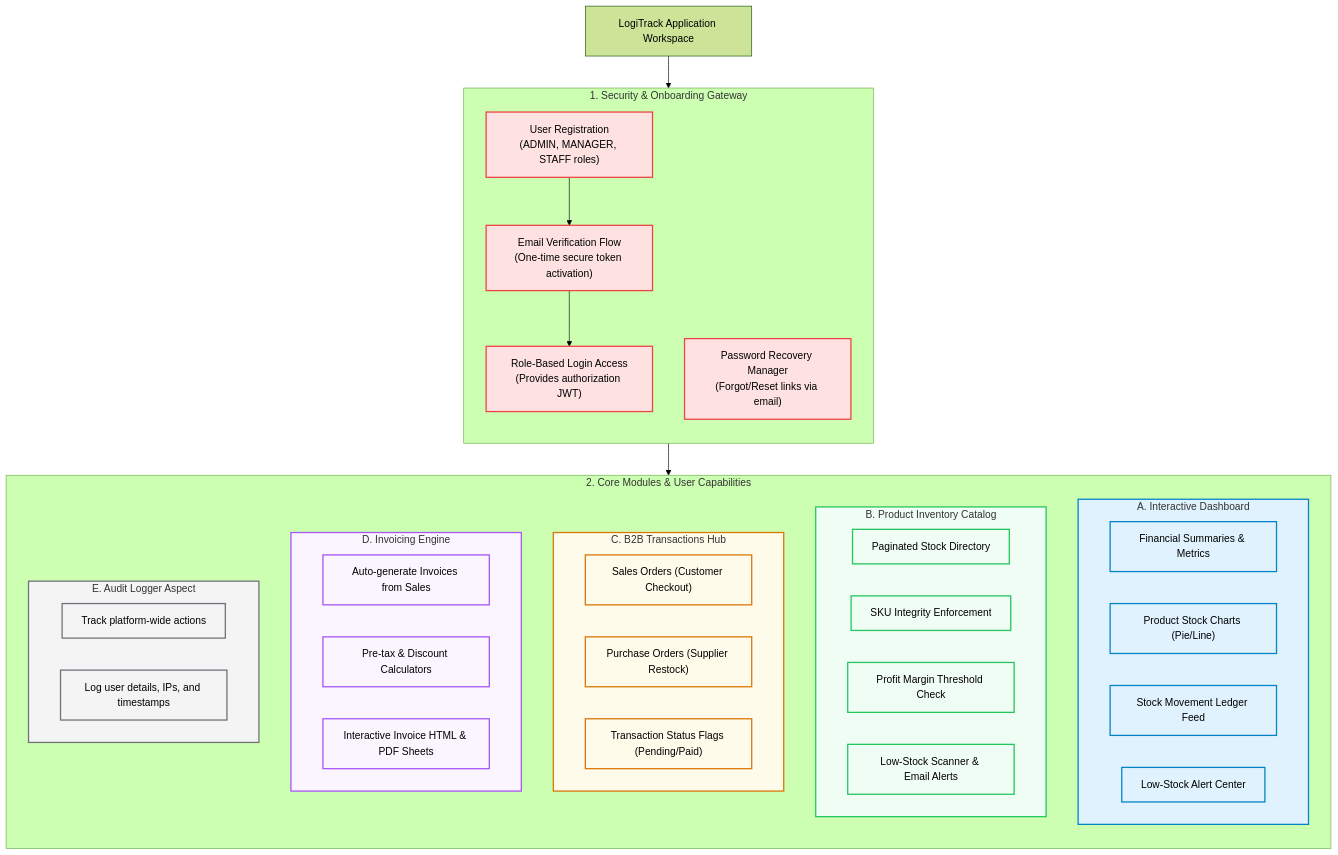
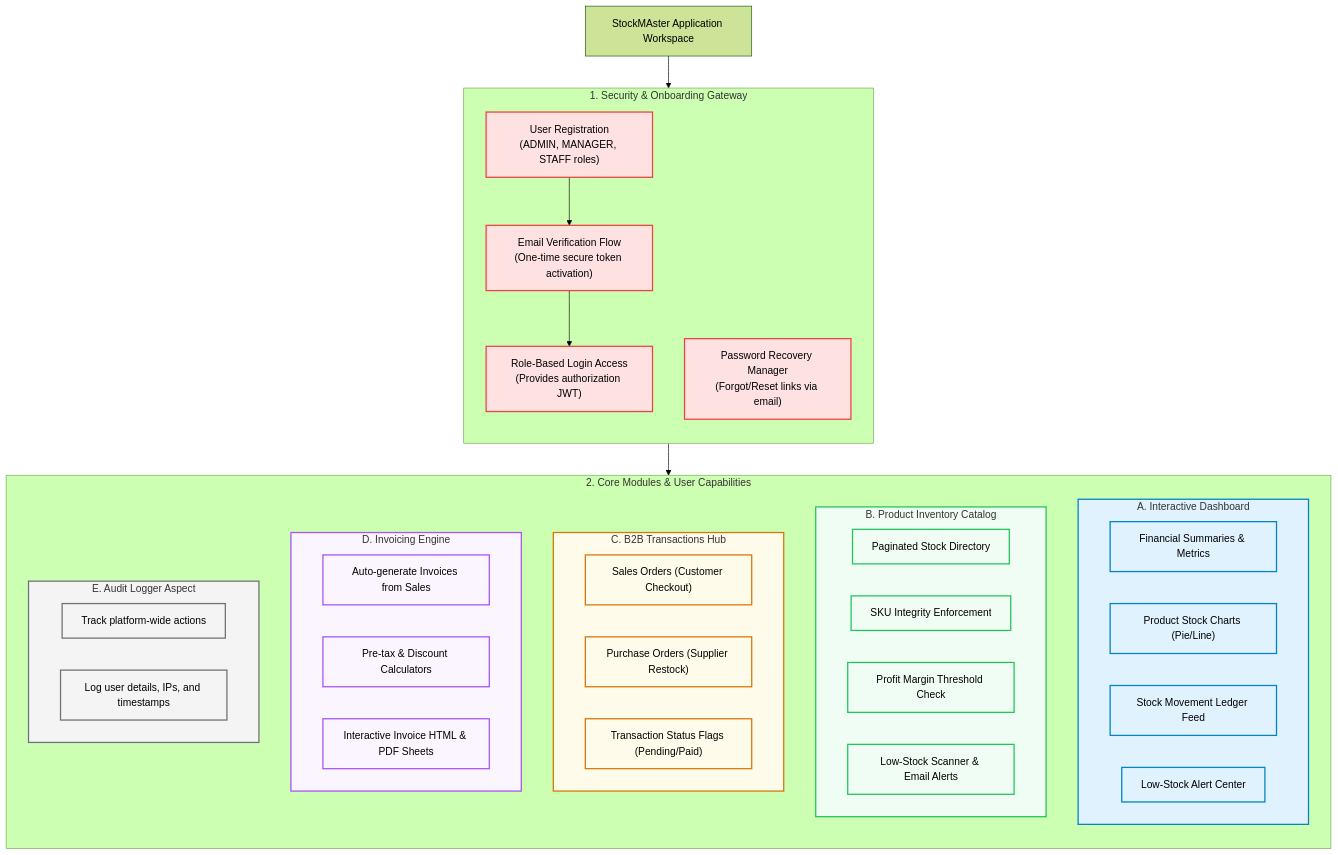
One commit to jayswalhimanshu74-cmd/LogiTrack changed the diagram in README.md. Above: the diagram before and after it, drawn with Mermaid (forest theme). The commit also changed other lines of this file and 37 other files, not shown here.

Commit message:
Change to Application name to StockMaster

````diff
--- a/README.md
+++ b/README.md
@@ -61,65 +61,65 @@
 ```mermaid
 graph TD
     %% Main Entry
-    Start["LogiTrack Application Workspace"] --> Auth["1. Security & Onboarding Gateway"]
+    Start["StockMAster Application Workspace"] --> Auth["1. Security & Onboarding Gateway"]
     
     %% Gateway Section
     subgraph Auth ["1. Security & Onboarding Gateway"]
         direction TB
         Reg["User Registration<br>(ADMIN, MANAGER, STAFF roles)"] --> Email["Email Verification Flow<br>(One-time secure token activation)"]
         Email --> Login["Role-Based Login Access<br>(Provides authorization JWT)"]
         Reset["Password Recovery Manager<br>(Forgot/Reset links via email)"]
     end
     
     Login --> Workspace["2. Core Modules & User Capabilities"]
     
     %% Workspace Core Section
     subgraph Workspace ["2. Core Modules & User Capabilities"]
         direction TB
         subgraph Dash ["A. Interactive Dashboard"]
             D1["Financial Summaries & Metrics"]
             D2["Product Stock Charts (Pie/Line)"]
             D3["Stock Movement Ledger Feed"]
             D4["Low-Stock Alert Center"]
         end
         
         subgraph Products ["B. Product Inventory Catalog"]
             P1["Paginated Stock Directory"]
             P2["SKU Integrity Enforcement"]
             P3["Profit Margin Threshold Check"]
             P4["Low-Stock Scanner & Email Alerts"]
         end
         
         subgraph Transactions ["C. B2B Transactions Hub"]
             T1["Sales Orders (Customer Checkout)"]
             T2["Purchase Orders (Supplier Restock)"]
             T3["Transaction Status Flags (Pending/Paid)"]
         end
         
         subgraph Billing ["D. Invoicing Engine"]
             I1["Auto-generate Invoices from Sales"]
             I2["Pre-tax & Discount Calculators"]
             I3["Interactive Invoice HTML & PDF Sheets"]
         end
         
         subgraph Auditing ["E. Audit Logger Aspect"]
             A1["Track platform-wide actions"]
             A2["Log user details, IPs, and timestamps"]
         end
     end
     
     %% Styling
     classDef auth fill:#fee2e2,stroke:#ef4444,stroke-width:2px;
     classDef dash fill:#e0f2fe,stroke:#0284c7,stroke-width:2px;
     classDef prod fill:#f0fdf4,stroke:#22c55e,stroke-width:2px;
     classDef trans fill:#fffbeb,stroke:#d97706,stroke-width:2px;
     classDef bill fill:#faf5ff,stroke:#a855f7,stroke-width:2px;
     classDef audit fill:#f4f4f5,stroke:#71717a,stroke-width:2px;
 
     class Reg,Email,Login,Reset auth;
     class Dash,D1,D2,D3,D4 dash;
     class Products,P1,P2,P3,P4 prod;
     class Transactions,T1,T2,T3 trans;
     class Billing,I1,I2,I3 bill;
     class Auditing,A1,A2 audit;
 ```
````
